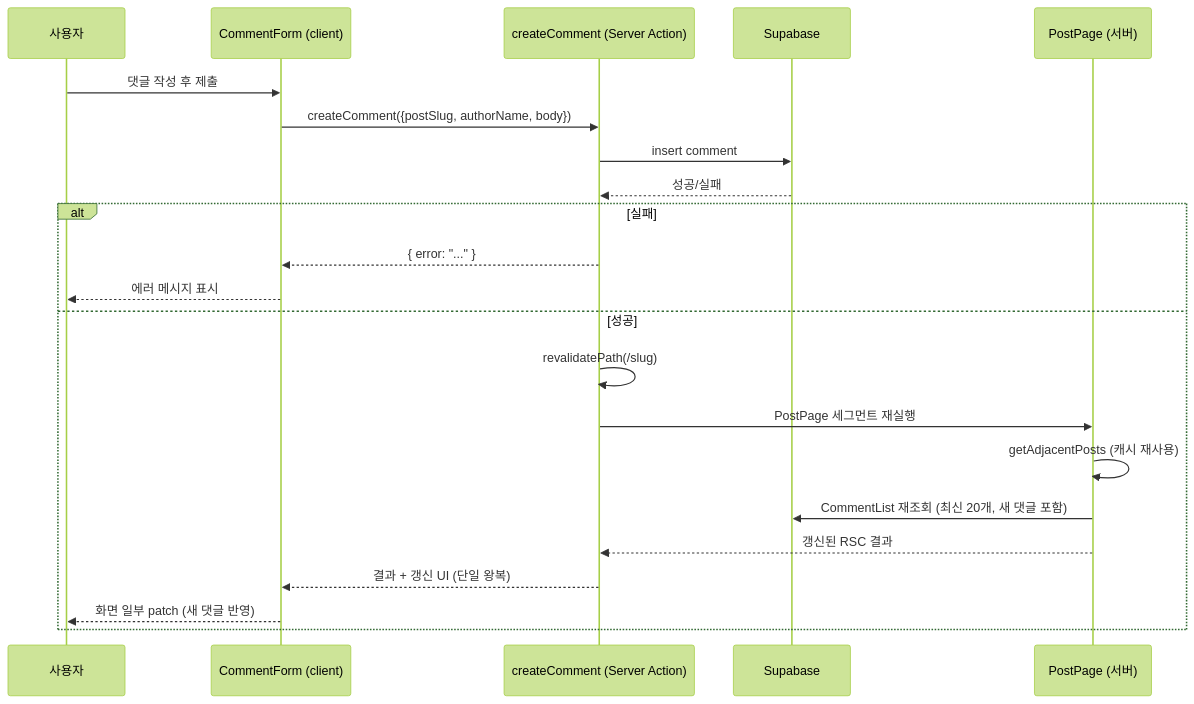
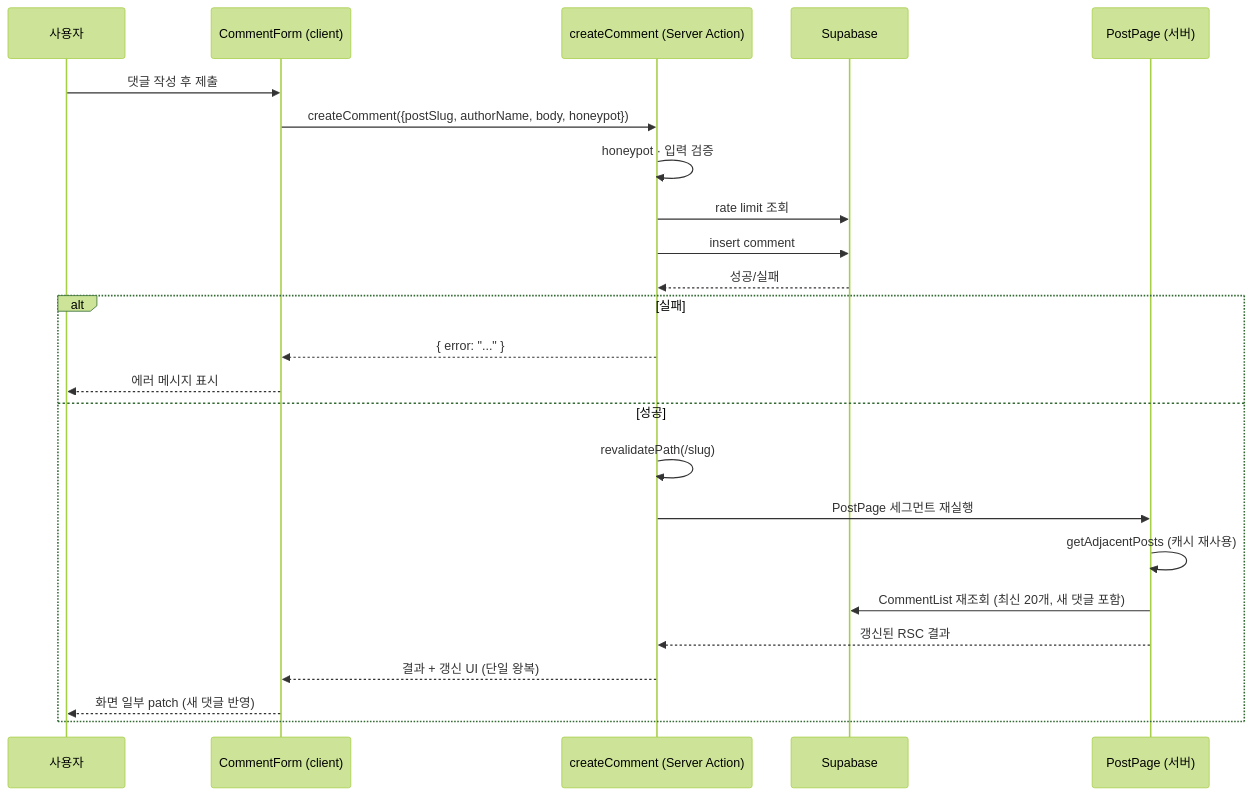
Before and after one commit to jeongho3786/myblog: the ninth of 13 diagrams in docs/architecture.md, drawn with Mermaid (forest theme). The commit also changed other lines of this file and 11 other files, not shown here.

````diff
--- a/docs/architecture.md
+++ b/docs/architecture.md
@@ -133,25 +136,27 @@
 ```mermaid
 sequenceDiagram
     participant U as 사용자
     participant F as CommentForm (client)
     participant A as createComment (Server Action)
     participant DB as Supabase
     participant P as PostPage (서버)
 
     U->>F: 댓글 작성 후 제출
-    F->>A: createComment({postSlug, authorName, body})
+    F->>A: createComment({postSlug, authorName, body, honeypot})
+    A->>A: honeypot · 입력 검증
+    A->>DB: rate limit 조회
     A->>DB: insert comment
     DB-->>A: 성공/실패
     alt 실패
         A-->>F: { error: "..." }
         F-->>U: 에러 메시지 표시
     else 성공
         A->>A: revalidatePath(/slug)
         A->>P: PostPage 세그먼트 재실행
         P->>P: getAdjacentPosts (캐시 재사용)
         P->>DB: CommentList 재조회 (최신 20개, 새 댓글 포함)
         P-->>A: 갱신된 RSC 결과
         A-->>F: 결과 + 갱신 UI (단일 왕복)
         F-->>U: 화면 일부 patch (새 댓글 반영)
     end
 ```
````
